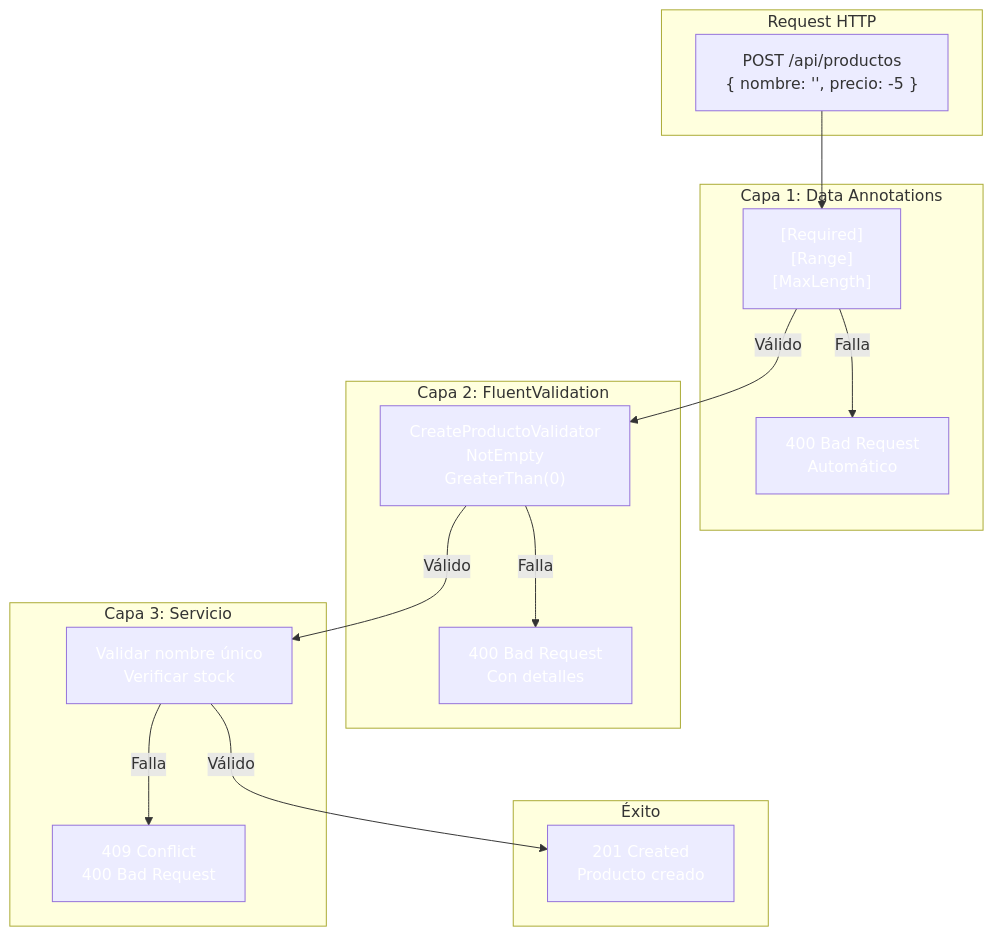
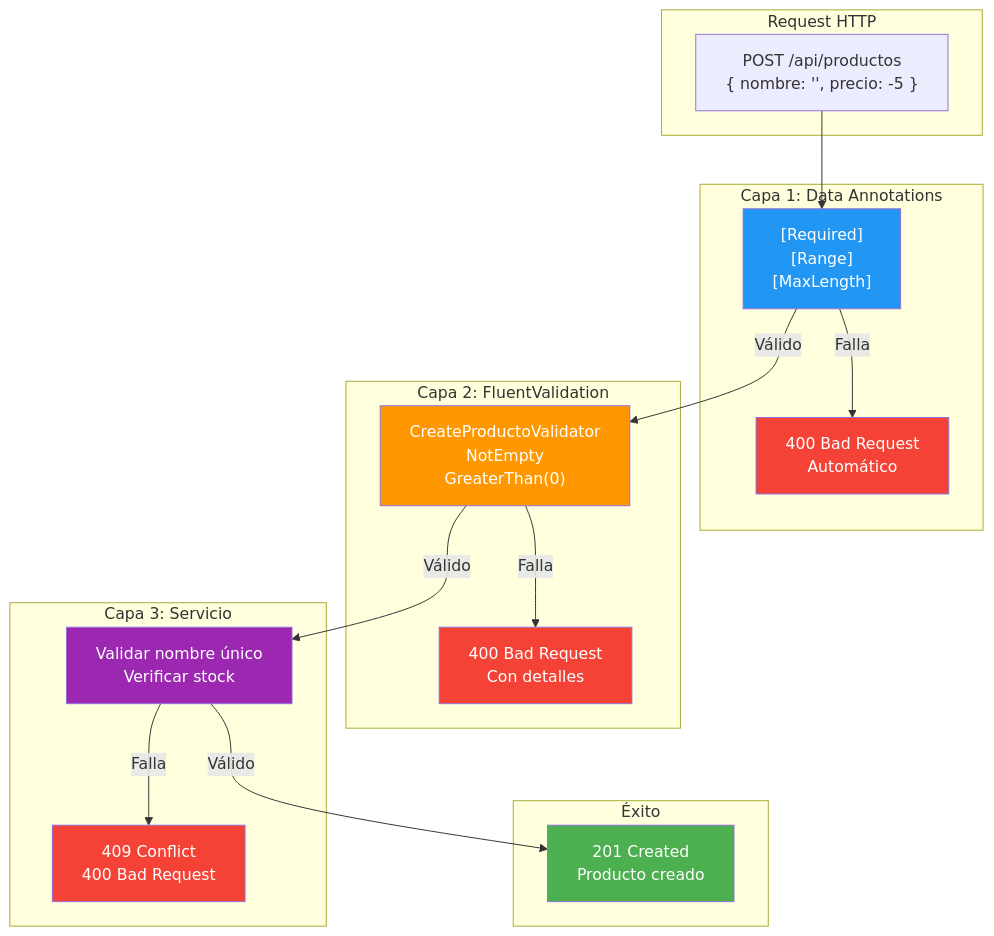
One commit to joseluisgs/DesarrolloWebEntornosServidor-02-2026-2027 changed the third of 11 diagrams in 08-dtos-mapeadores-validaciones.md. Above: the diagram before and after it, drawn with Mermaid. The commit also changed other lines of this file and 29 other files, not shown here.

Commit message:
docs: corregir estilos Mermaid y estilo, quitar referencias a la Tienda y reestructurar los retos 13 y 15

````diff
--- a/08-dtos-mapeadores-validaciones.md
+++ b/08-dtos-mapeadores-validaciones.md
@@ -293,38 +293,38 @@
 ```mermaid
 flowchart TB
     subgraph "Request HTTP"
         REQ["POST /api/productos<br/>{ nombre: '', precio: -5 }"]
     end
 
     subgraph "Capa 1: Data Annotations"
         DA["[Required]<br/>[Range]<br/>[MaxLength]"]
         DA -->|Falla| DA_ERR["400 Bad Request<br/>Automático"]
     end
 
     subgraph "Capa 2: FluentValidation"
         FV["CreateProductoValidator<br/>NotEmpty<br/>GreaterThan(0)"]
         FV -->|Falla| FV_ERR["400 Bad Request<br/>Con detalles"]
     end
 
     subgraph "Capa 3: Servicio"
         SVC["Validar nombre único<br/>Verificar stock"]
         SVC -->|Falla| SVC_ERR["409 Conflict<br/>400 Bad Request"]
     end
 
     subgraph "Éxito"
         OK["201 Created<br/>Producto creado"]
     end
 
     REQ --> DA
     DA -->|Válido| FV
     FV -->|Válido| SVC
     SVC -->|Válido| OK
 
-    style DA fill:#2196F,color:#fff3,color:#fff
-    style FV fill:#FF980,color:#fff0,color:#fff
-    style SVC fill:#9C27B,color:#fff0,color:#fff
-    style OK fill:#4CAF5,color:#fff0,color:#fff
-    style DA_ERR fill:#f4433,color:#fff6,color:#fff
-    style FV_ERR fill:#f4433,color:#fff6,color:#fff
-    style SVC_ERR fill:#f4433,color:#fff6,color:#fff
+    style DA fill:#2196F3,color:#fff
+    style FV fill:#FF9800,color:#fff
+    style SVC fill:#9C27B0,color:#fff
+    style OK fill:#4CAF50,color:#fff
+    style DA_ERR fill:#f44336,color:#fff
+    style FV_ERR fill:#f44336,color:#fff
+    style SVC_ERR fill:#f44336,color:#fff
 ```
````
